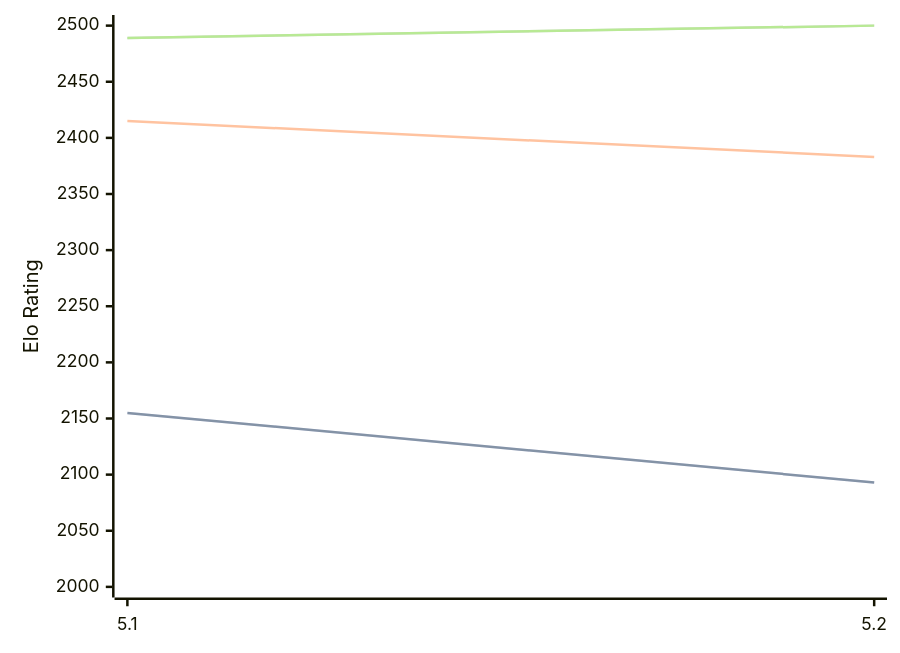
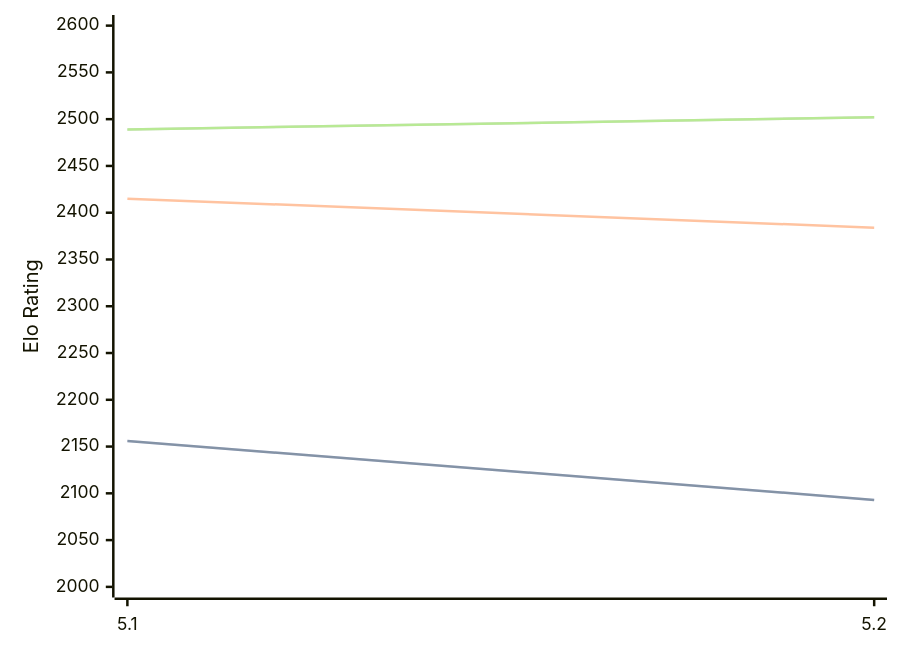
Before and after one commit to computer-chess-index/cci: the first of 3 diagrams in engines/Prophet.md, drawn with Mermaid. The commit also changed other lines of this file, not shown here.

Commit message:
Update CCI Ratings (ELO VLTC) - 2026-06-15

````diff
--- a/engines/Prophet.md
+++ b/engines/Prophet.md
@@ -38,11 +38,11 @@
 ```mermaid
 %%{init: {"theme":"base","themeVariables":{"seriesColors:['#a3a3a3','#222221','#faa371']}}}%%
 xychart-beta
   x-axis ["5.1", "5.2"]
-  y-axis "Elo Rating" 2000 --> 2500
-  line "STC (8.0+0.08s)" [2155, 2093]
-  line "STC (8.0+0.08s)" [2155, 2093]
-  line "LTC (60.0+0.60s)" [2415, 2383]
-  line "VLTC (2m24s+1.12s)" [2489, 2500]
-  line "VLTC (2m24s+1.12s)" [2489, 2500]
+  y-axis "Elo Rating" 2000 --> 2600
+  line "STC (8.0+0.08s)" [2156, 2093]
+  line "STC (8.0+0.08s)" [2156, 2093]
+  line "LTC (60.0+0.60s)" [2415, 2384]
+  line "VLTC (2m24s+1.12s)" [2489, 2502]
+  line "VLTC (2m24s+1.12s)" [2489, 2502]
 ```
````
